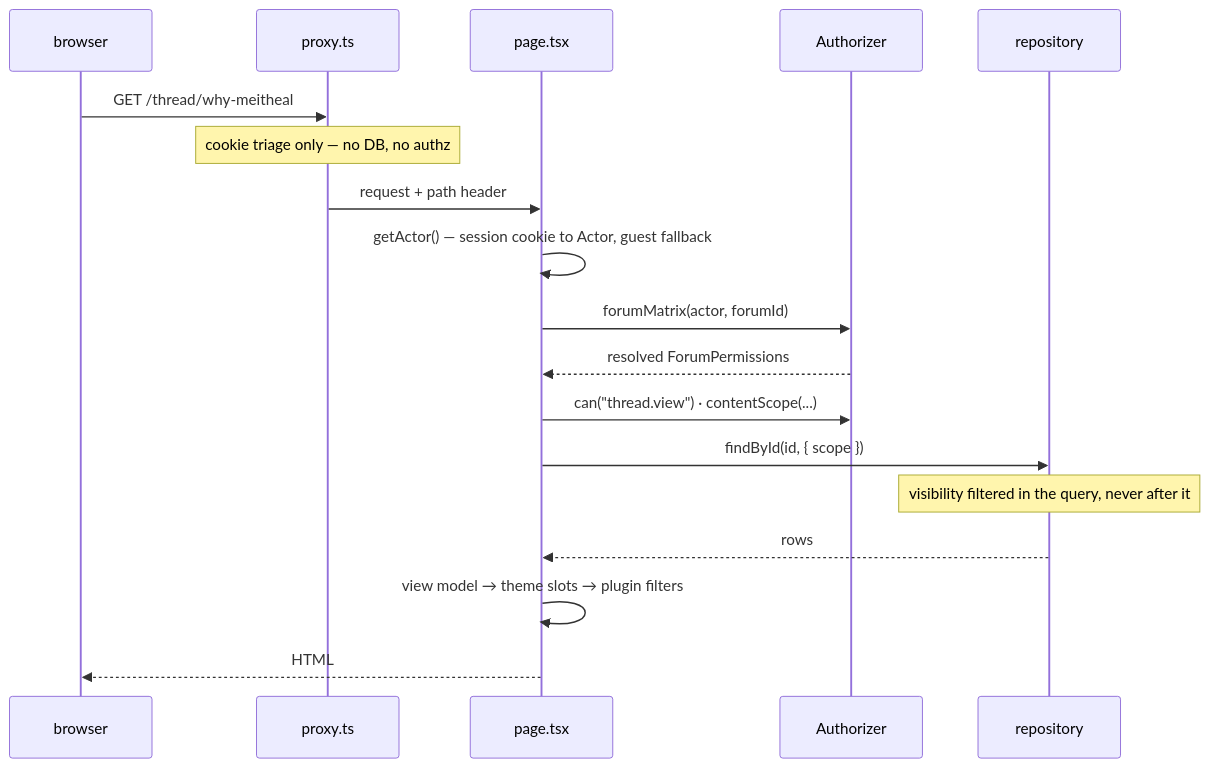
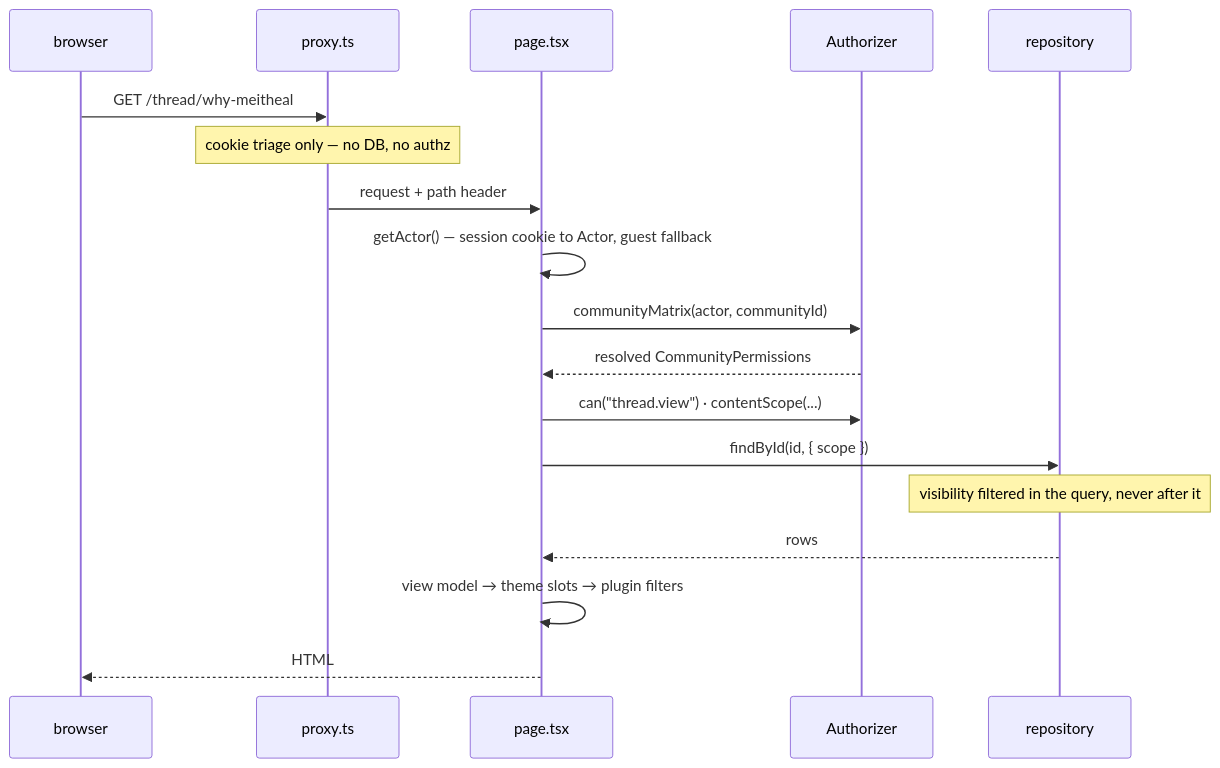
The third of 4 diagrams in docs/architecture.md (meith-dev/meith), drawn with Mermaid before and after one commit. The commit also changed other lines of this file and 1084 other files, not shown here.

First line of the commit message:
Rename the forum entity to community throughout

````diff
--- a/docs/architecture.md
+++ b/docs/architecture.md
@@ -238,20 +238,20 @@
 ```mermaid
 sequenceDiagram
     participant B as browser
     participant E as proxy.ts
     participant P as page.tsx
     participant A as Authorizer
     participant R as repository
     B->>E: GET /thread/why-meitheal
     Note over E: cookie triage only — no DB, no authz
     E->>P: request + path header
     P->>P: getActor() — session cookie to Actor, guest fallback
-    P->>A: forumMatrix(actor, forumId)
-    A-->>P: resolved ForumPermissions
+    P->>A: communityMatrix(actor, communityId)
+    A-->>P: resolved CommunityPermissions
     P->>A: can("thread.view") · contentScope(...)
     P->>R: findById(id, { scope })
     Note over R: visibility filtered in the query, never after it
     R-->>P: rows
     P->>P: view model → theme slots → plugin filters
     P-->>B: HTML
 ```
````
